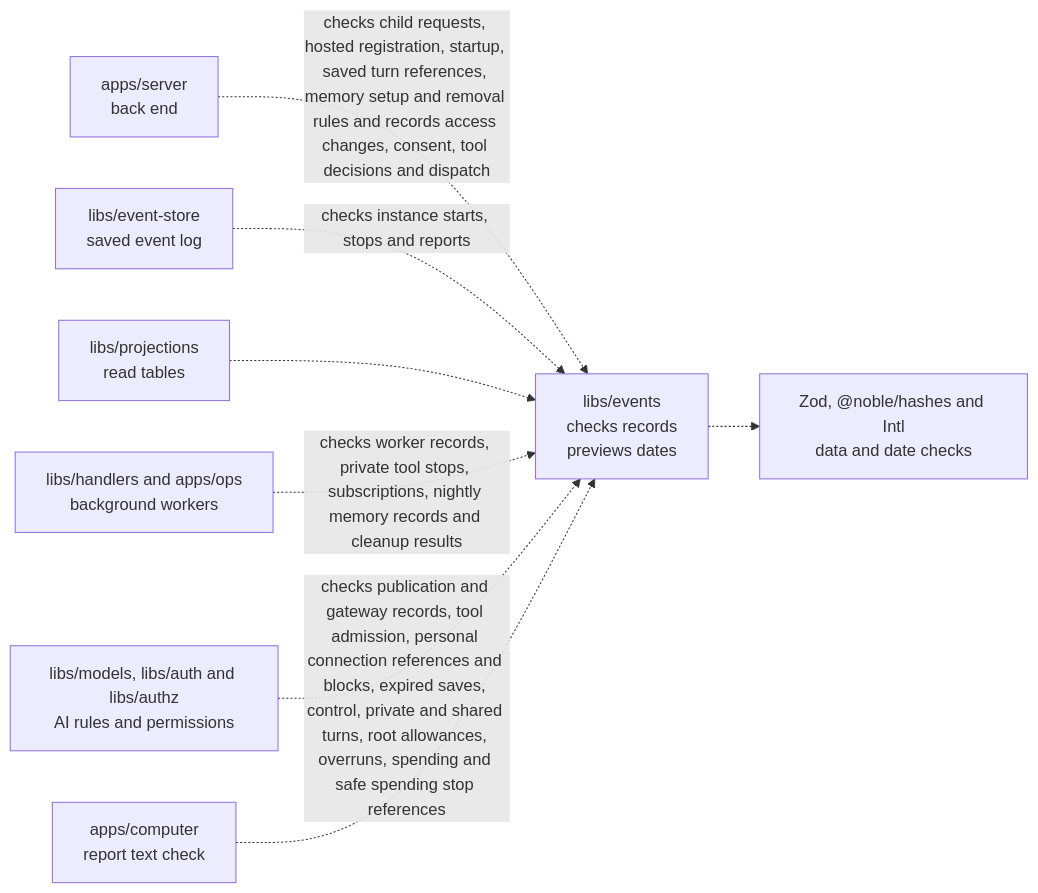
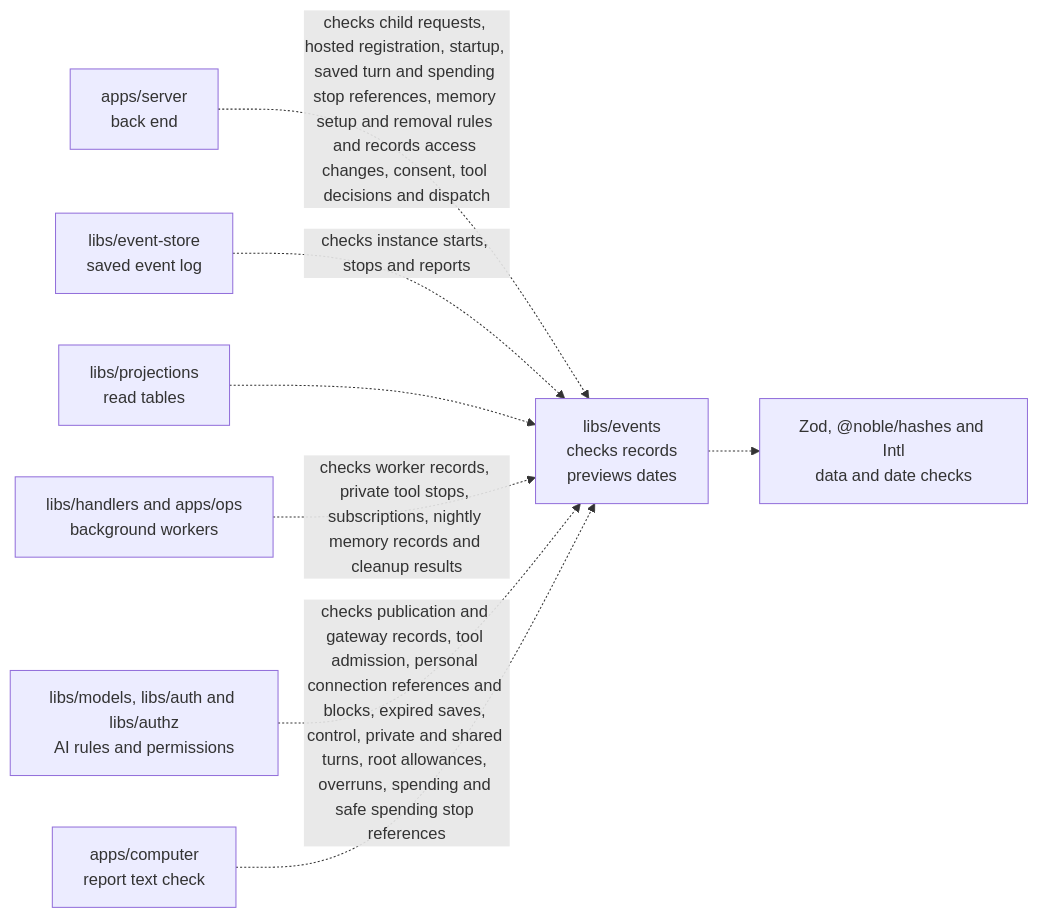
Before and after one commit to elewa-git/opencrane-new: the diagram in libs/events/README.md, drawn with Mermaid. The commit also changed other lines of this file and 8 other files, not shown here.

Commit message:
🛑 Deliver saved spending stops before chat work and retry lost stops

````diff
--- a/libs/events/README.md
+++ b/libs/events/README.md
@@ -27,10 +27,10 @@
 ```mermaid
 flowchart LR
-  server["apps/server<br/>back end"] -.->|checks child requests, hosted registration, startup, saved turn references, memory setup and removal rules and records access changes, consent, tool decisions and dispatch| events["libs/events<br/>checks records<br/>previews dates"]
+  server["apps/server<br/>back end"] -.->|checks child requests, hosted registration, startup, saved turn and spending stop references, memory setup and removal rules and records access changes, consent, tool decisions and dispatch| events["libs/events<br/>checks records<br/>previews dates"]
   store["libs/event-store<br/>saved event log"] -.->|checks instance starts, stops and reports| events
   projections["libs/projections<br/>read tables"] -.-> events
   workers["libs/handlers and apps/ops<br/>background workers"] -.->|checks worker records, private tool stops, subscriptions, nightly memory records and cleanup results| events
   others["libs/models, libs/auth and libs/authz<br/>AI rules and permissions"] -.->|checks publication and gateway records, tool admission, personal connection references and blocks, expired saves, control, private and shared turns, root allowances, overruns, spending and safe spending stop references| events
   computer["apps/computer<br/>report text check"] -.-> events
   events -.-> checks["Zod, @noble/hashes and Intl<br/>data and date checks"]
 ```
````
